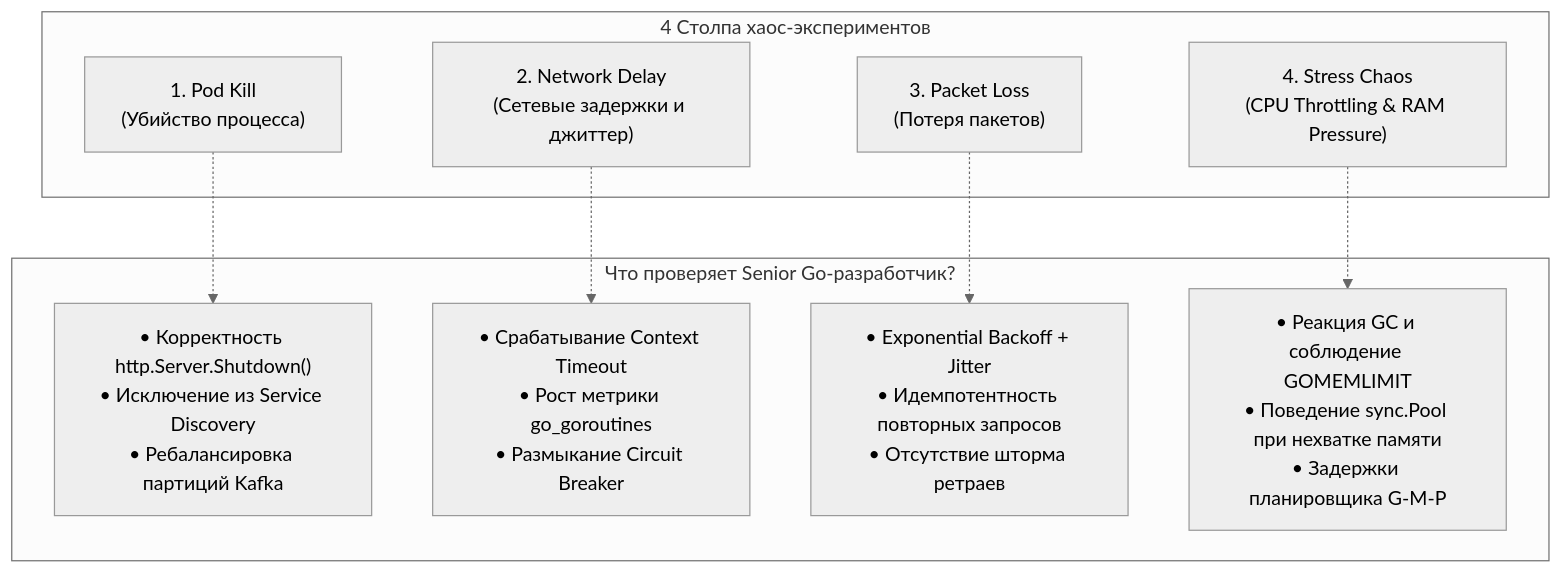
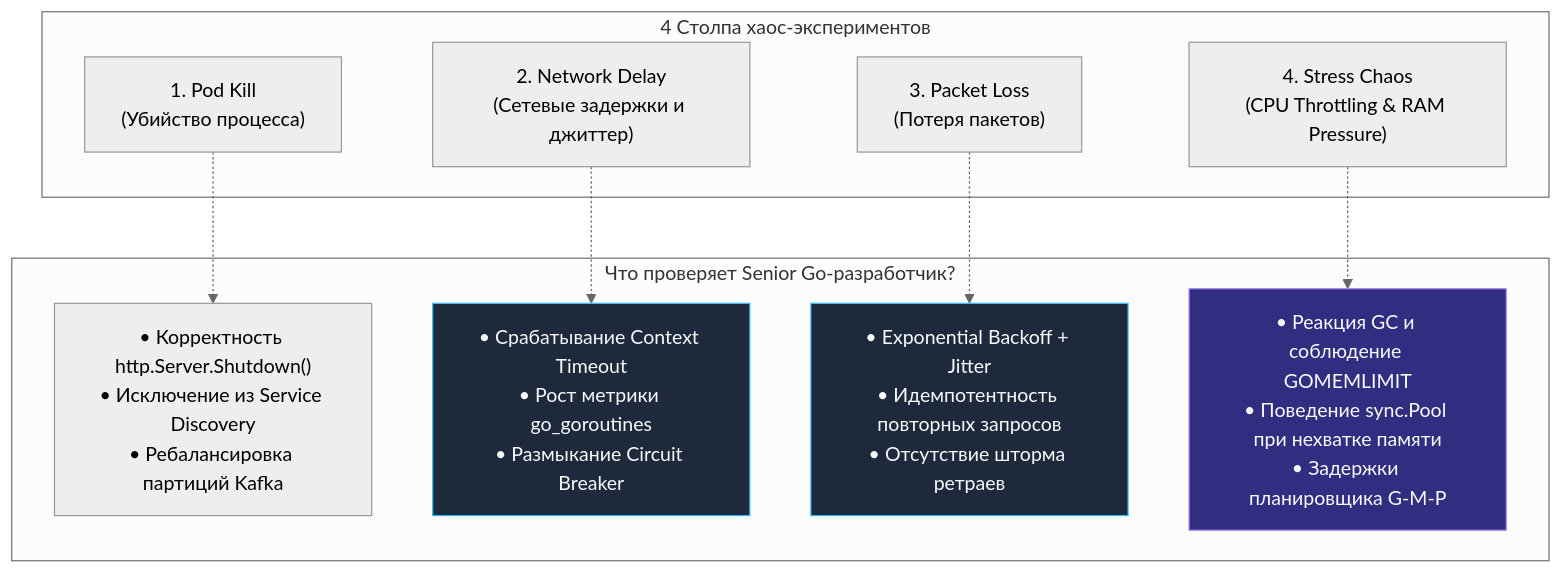
Before and after one commit to UnrealTemplier/go-textbook: the second of 2 diagrams in sources/11. Архитектура и System Design/49. Chaos Engineering.md, drawn with Mermaid (neutral theme). The commit also changed other lines of this file and 1666 other files, not shown here.

First line of the commit message:
feat(mermaid): add semantic color classDef to 1369 colorless flowchart/graph diagrams

````diff
--- a/sources/11. Архитектура и System Design/49. Chaos Engineering.md
+++ b/sources/11. Архитектура и System Design/49. Chaos Engineering.md
@@ -183,21 +193,31 @@
 ```mermaid
 flowchart TD
+    classDef process  fill:#1e293b,stroke:#38bdf8,stroke-width:1px,color:#f8fafc
+    classDef success  fill:#064e3b,stroke:#34d399,stroke-width:1px,color:#f8fafc
+    classDef error    fill:#7f1d1d,stroke:#f87171,stroke-width:1px,color:#f8fafc
+    classDef warning  fill:#78350f,stroke:#fbbf24,stroke-width:1px,color:#f8fafc
+    classDef entry    fill:#1e3a5f,stroke:#38bdf8,stroke-width:2px,color:#f8fafc
+    classDef aux      fill:#334155,stroke:#64748b,stroke-width:1px,color:#f8fafc
+    classDef system   fill:#312e81,stroke:#a78bfa,stroke-width:1px,color:#f8fafc
+    classDef data     fill:#132d29,stroke:#2dd4bf,stroke-width:1px,color:#f8fafc
+    classDef network  fill:#881337,stroke:#fb7185,stroke-width:1px,color:#f8fafc
+    classDef accent   fill:#1e1b4b,stroke:#818cf8,stroke-width:1px,color:#f8fafc
     subgraph Scenarios["4 Столпа хаос-экспериментов"]
         P1["1. Pod Kill<br>(Убийство процесса)"]
         P2["2. Network Delay<br>(Сетевые задержки и джиттер)"]
         P3["3. Packet Loss<br>(Потеря пакетов)"]
         P4["4. Stress Chaos<br>(CPU Throttling & RAM Pressure)"]
     end
 
     subgraph Verifications["Что проверяет Senior Go-разработчик?"]
         V1["• Корректность http.Server.Shutdown()<br>• Исключение из Service Discovery<br>• Ребалансировка партиций Kafka"]
-        V2["• Срабатывание Context Timeout<br>• Рост метрики go_goroutines<br>• Размыкание Circuit Breaker"]
-        V3["• Exponential Backoff + Jitter<br>• Идемпотентность повторных запросов<br>• Отсутствие шторма ретраев"]
-        V4["• Реакция GC и соблюдение GOMEMLIMIT<br>• Поведение sync.Pool при нехватке памяти<br>• Задержки планировщика G-M-P"]
+        V2["• Срабатывание Context Timeout<br>• Рост метрики go_goroutines<br>• Размыкание Circuit Breaker"]:::process
+        V3["• Exponential Backoff + Jitter<br>• Идемпотентность повторных запросов<br>• Отсутствие шторма ретраев"]:::process
+        V4["• Реакция GC и соблюдение GOMEMLIMIT<br>• Поведение sync.Pool при нехватке памяти<br>• Задержки планировщика G-M-P"]:::system
     end
 
     P1 -.-> V1
     P2 -.-> V2
     P3 -.-> V3
     P4 -.-> V4
 ```
````
